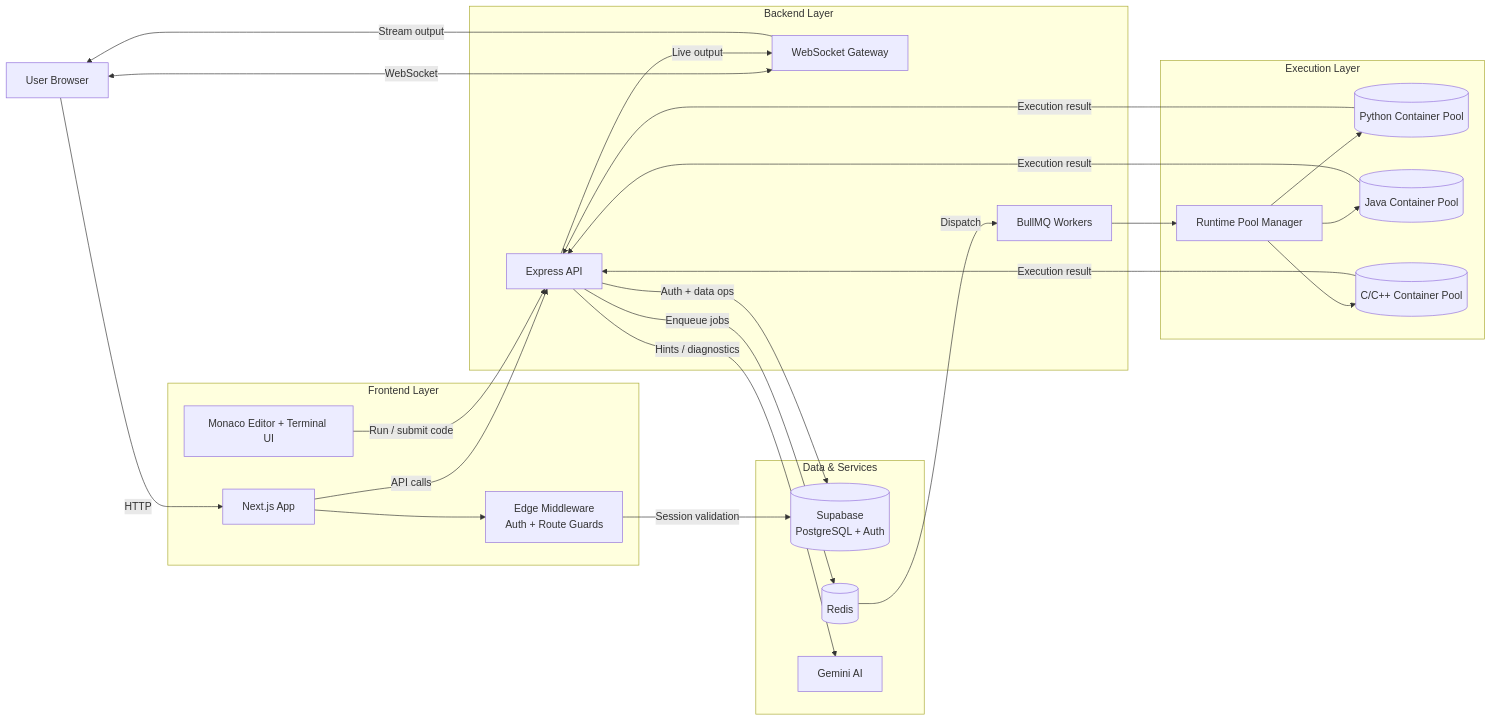
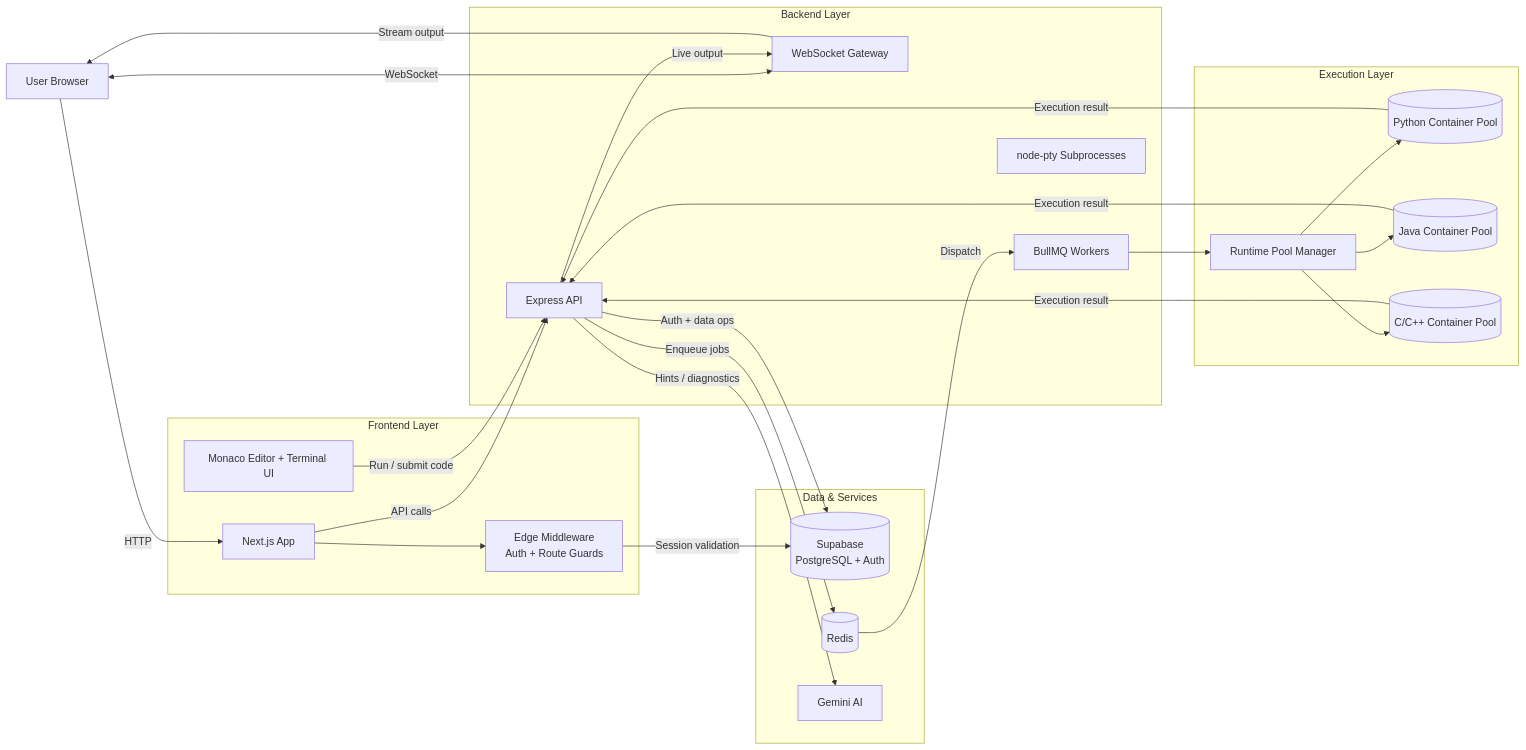
Before and after one commit to Siddhivinayak06/CodeGuard: the diagram in README.md, drawn with Mermaid. The commit also changed other lines of this file, not shown here.

````diff
--- a/README.md
+++ b/README.md
@@ -164,53 +164,54 @@
 ```mermaid
 flowchart LR
    U[User Browser]
 
    subgraph FE[Frontend Layer]
       N[Next.js App]
       MW[Edge Middleware\nAuth + Route Guards]
       ED[Monaco Editor + Terminal UI]
    end
 
    subgraph BE[Backend Layer]
       API[Express API]
       WS[WebSocket Gateway]
       Q[BullMQ Workers]
+      PTY[node-pty Subprocesses]
    end
 
    subgraph EX[Execution Layer]
       RP[Runtime Pool Manager]
       PY[(Python Container Pool)]
       JV[(Java Container Pool)]
       CC[(C/C++ Container Pool)]
    end
 
    subgraph DATA[Data & Services]
       SB[(Supabase\nPostgreSQL + Auth)]
       RD[(Redis)]
       AI[Gemini AI]
    end
 
    U -->|HTTP| N
    U <-->|WebSocket| WS
    N --> MW
    MW -->|Session validation| SB
    N -->|API calls| API
    ED -->|Run / submit code| API
 
    API -->|Auth + data ops| SB
    API -->|Enqueue jobs| RD
    RD -->|Dispatch| Q
    Q --> RP
 
    RP --> PY
    RP --> JV
    RP --> CC
 
    PY -->|Execution result| API
    JV -->|Execution result| API
    CC -->|Execution result| API
 
    API -->|Hints / diagnostics| AI
    API -->|Live output| WS
    WS -->|Stream output| U
 ```
````
